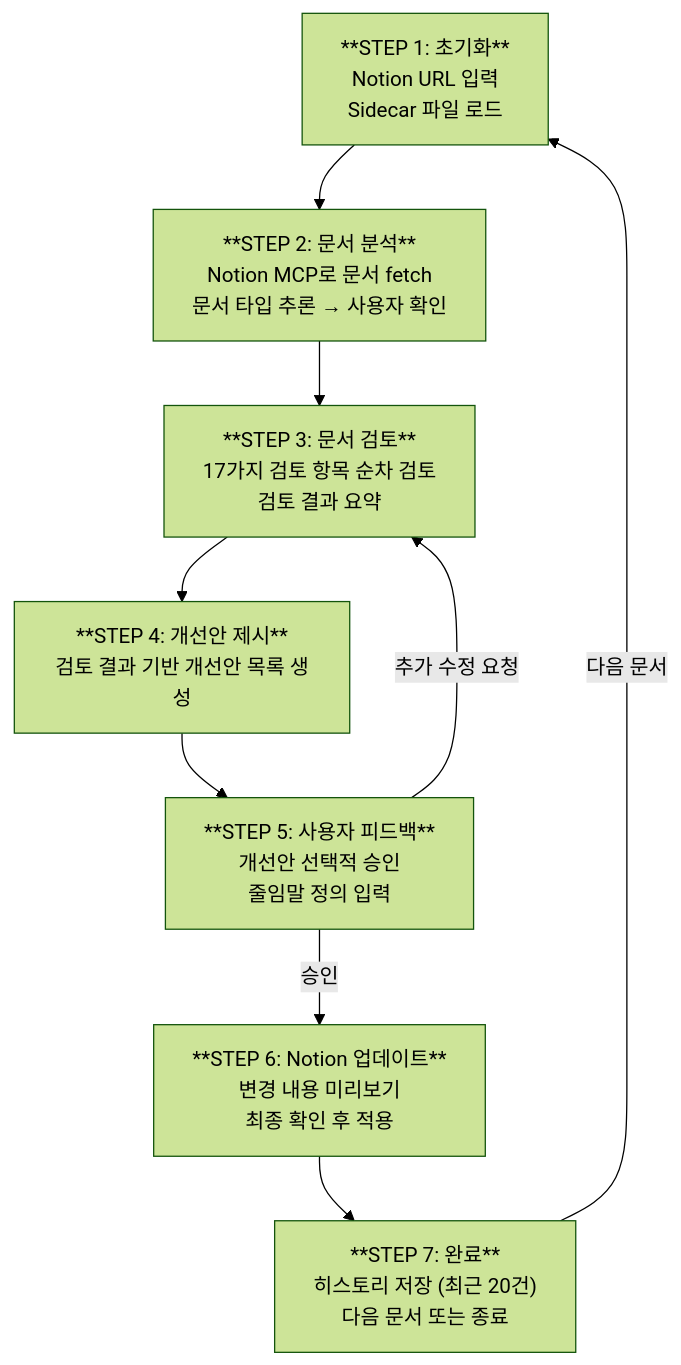
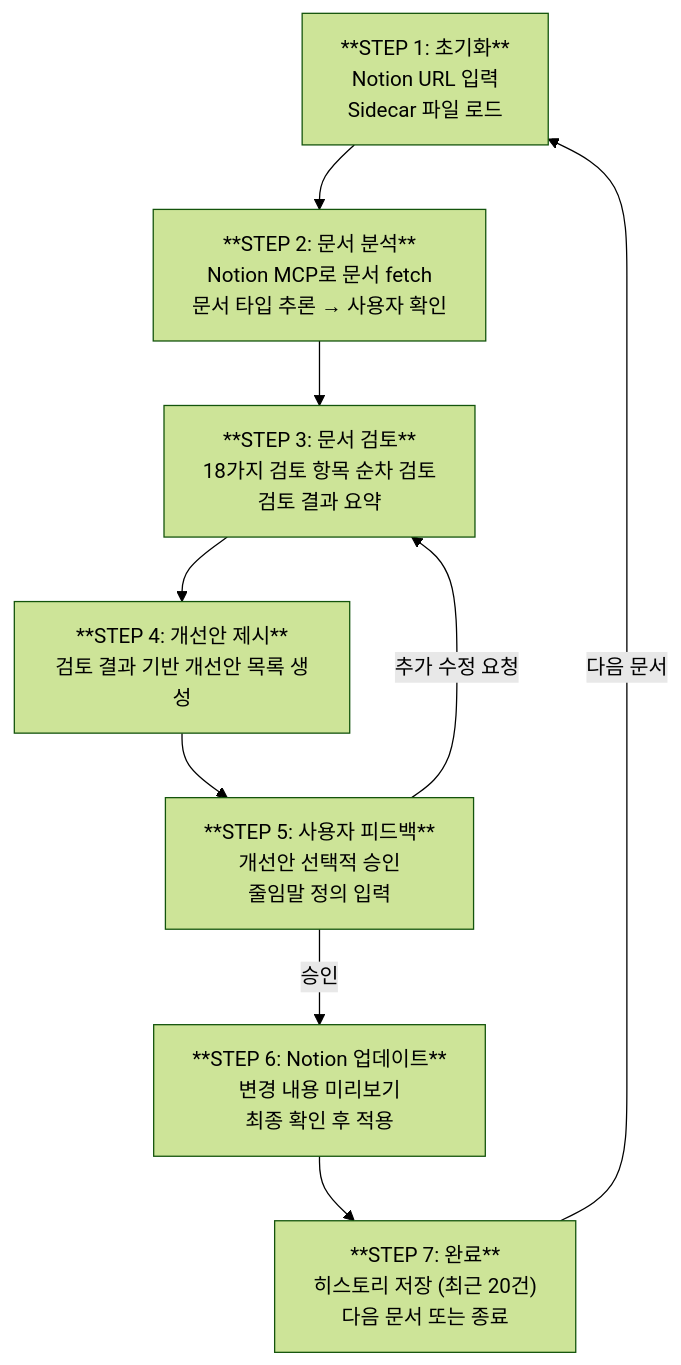
One commit to hpcnt-len/len-cp-notion-reviewer changed the diagram in README.md. Above: the diagram before and after it, drawn with Mermaid (forest theme). The commit also changed other lines of this file and 4 other files, not shown here.

````diff
--- a/README.md
+++ b/README.md
@@ -153,19 +167,19 @@
 ```mermaid
 flowchart TD
     S1["**STEP 1: 초기화**<br/>Notion URL 입력<br/>Sidecar 파일 로드"]
     S2["**STEP 2: 문서 분석**<br/>Notion MCP로 문서 fetch<br/>문서 타입 추론 → 사용자 확인"]
-    S3["**STEP 3: 문서 검토**<br/>17가지 검토 항목 순차 검토<br/>검토 결과 요약"]
+    S3["**STEP 3: 문서 검토**<br/>18가지 검토 항목 순차 검토<br/>검토 결과 요약"]
     S4["**STEP 4: 개선안 제시**<br/>검토 결과 기반 개선안 목록 생성"]
     S5["**STEP 5: 사용자 피드백**<br/>개선안 선택적 승인<br/>줄임말 정의 입력"]
     S6["**STEP 6: Notion 업데이트**<br/>변경 내용 미리보기<br/>최종 확인 후 적용"]
     S7["**STEP 7: 완료**<br/>히스토리 저장 (최근 20건)<br/>다음 문서 또는 종료"]
 
     S1 --> S2
     S2 --> S3
     S3 --> S4
     S4 --> S5
     S5 -->|승인| S6
     S5 -->|추가 수정 요청| S3
     S6 --> S7
     S7 -->|다음 문서| S1
 ```
````
